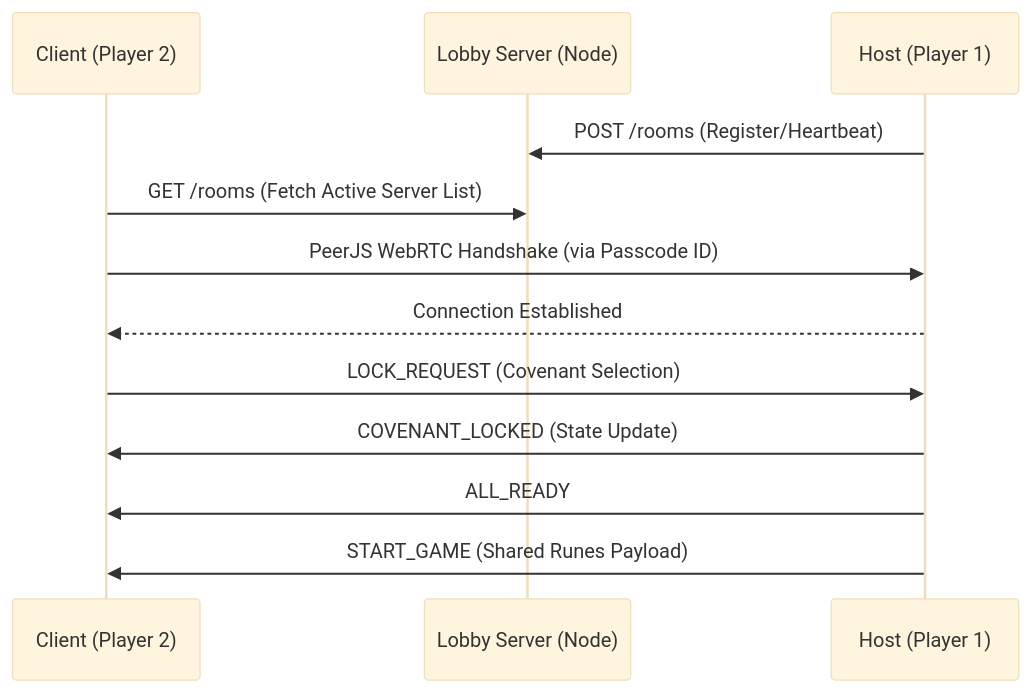
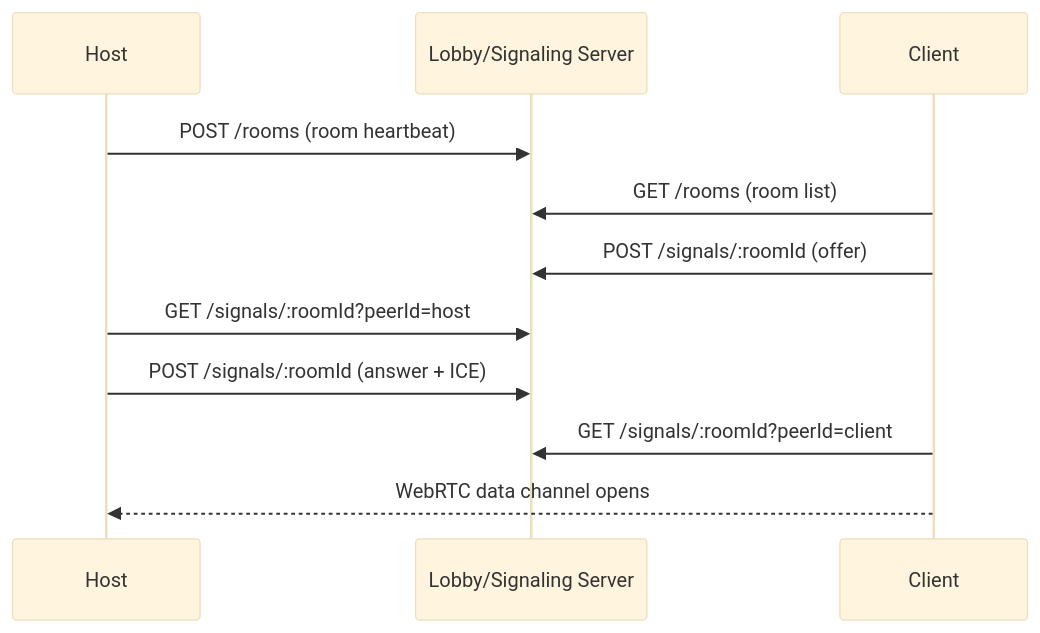
The diagram in code/docs/MULTIPLAYER.md (jesse-rr/G.L.O.S.S.A.R.Y), drawn with Mermaid (base theme) before and after one commit. The commit also changed other lines of this file and 33 other files, not shown here.

````diff
--- a/code/docs/MULTIPLAYER.md
+++ b/code/docs/MULTIPLAYER.md
@@ -21,15 +22,14 @@
 ```mermaid
 sequenceDiagram
-    participant C as Client (Player 2)
-    participant L as Lobby Server (Node)
-    participant H as Host (Player 1)
-    
-    H->>L: POST /rooms (Register/Heartbeat)
-    C->>L: GET /rooms (Fetch Active Server List)
-    C->>H: PeerJS WebRTC Handshake (via Passcode ID)
-    H-->>C: Connection Established
-    C->>H: LOCK_REQUEST (Covenant Selection)
-    H->>C: COVENANT_LOCKED (State Update)
-    H->>C: ALL_READY
-    H->>C: START_GAME (Shared Runes Payload)
+    participant H as Host
+    participant L as Lobby/Signaling Server
+    participant C as Client
+
+    H->>L: POST /rooms (room heartbeat)
+    C->>L: GET /rooms (room list)
+    C->>L: POST /signals/:roomId (offer)
+    H->>L: GET /signals/:roomId?peerId=host
+    H->>L: POST /signals/:roomId (answer + ICE)
+    C->>L: GET /signals/:roomId?peerId=client
+    C-->>H: WebRTC data channel opens
 ```
````
